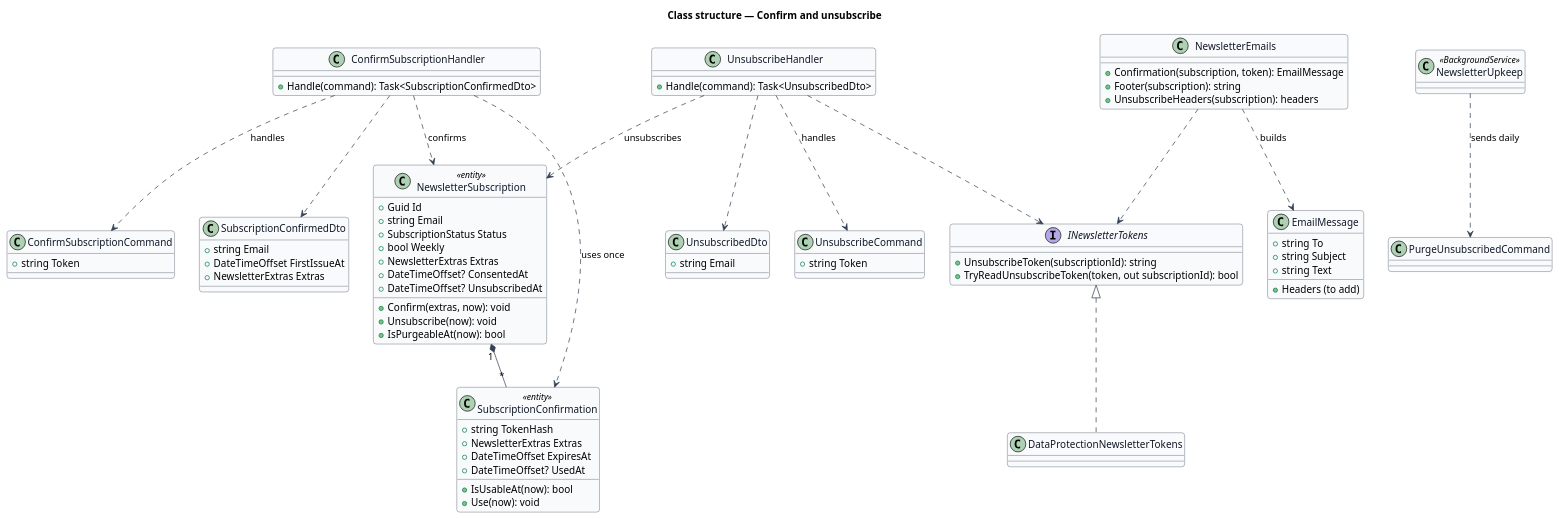
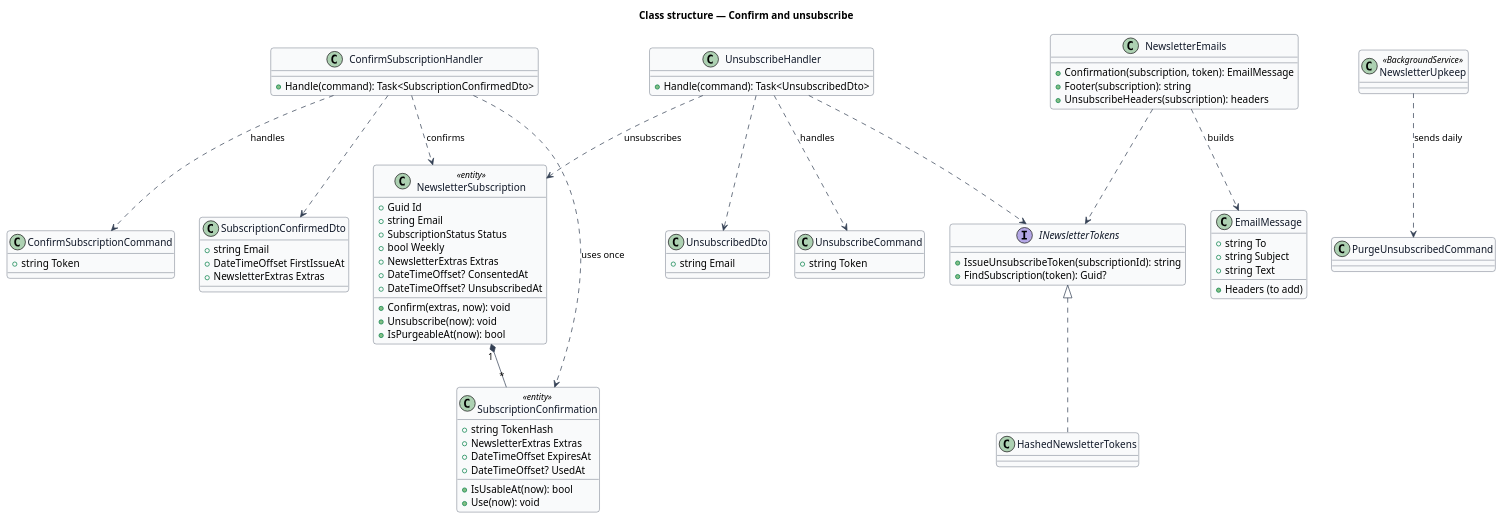
One commit to QuinntyneBrown/christian-fitness changed the diagram in docs/detailed-designs/news/confirm-and-unsubscribe/diagrams/class.puml. Above: the diagram before and after it, drawn with PlantUML. The commit also changed 31 other files, not shown here.

```diff
--- a/docs/detailed-designs/news/confirm-and-unsubscribe/diagrams/class.puml
+++ b/docs/detailed-designs/news/confirm-and-unsubscribe/diagrams/class.puml
@@ -1,85 +1,85 @@
 @startuml
 skinparam backgroundColor #FFFFFF
 skinparam shadowing false
 skinparam roundcorner 8
 skinparam defaultFontName Arial
 skinparam ArrowColor #344054
 skinparam class {
   BorderColor #344054
   FontColor #101828
   BackgroundColor #F9FAFB
 }
 title Class structure — Confirm and unsubscribe
 
 class NewsletterSubscription <<entity>> {
   +Guid Id
   +string Email
   +SubscriptionStatus Status
   +bool Weekly
   +NewsletterExtras Extras
   +DateTimeOffset? ConsentedAt
   +DateTimeOffset? UnsubscribedAt
   +Confirm(extras, now): void
   +Unsubscribe(now): void
   +IsPurgeableAt(now): bool
 }
 class SubscriptionConfirmation <<entity>> {
   +string TokenHash
   +NewsletterExtras Extras
   +DateTimeOffset ExpiresAt
   +DateTimeOffset? UsedAt
   +IsUsableAt(now): bool
   +Use(now): void
 }
 class ConfirmSubscriptionCommand {
   +string Token
 }
 class ConfirmSubscriptionHandler {
   +Handle(command): Task<SubscriptionConfirmedDto>
 }
 class SubscriptionConfirmedDto {
   +string Email
   +DateTimeOffset FirstIssueAt
   +NewsletterExtras Extras
 }
 class UnsubscribeCommand {
   +string Token
 }
 class UnsubscribeHandler {
   +Handle(command): Task<UnsubscribedDto>
 }
 class UnsubscribedDto {
   +string Email
 }
 interface INewsletterTokens {
-  +UnsubscribeToken(subscriptionId): string
-  +TryReadUnsubscribeToken(token, out subscriptionId): bool
+  +IssueUnsubscribeToken(subscriptionId): string
+  +FindSubscription(token): Guid?
 }
-class DataProtectionNewsletterTokens
+class HashedNewsletterTokens
 class NewsletterEmails {
   +Confirmation(subscription, token): EmailMessage
   +Footer(subscription): string
   +UnsubscribeHeaders(subscription): headers
 }
 class EmailMessage {
   +string To
   +string Subject
   +string Text
   +Headers (to add)
 }
 class PurgeUnsubscribedCommand
 class NewsletterUpkeep <<BackgroundService>>
 NewsletterSubscription "1" *-- "*" SubscriptionConfirmation
 ConfirmSubscriptionHandler ..> ConfirmSubscriptionCommand : handles
 ConfirmSubscriptionHandler ..> SubscriptionConfirmation : uses once
 ConfirmSubscriptionHandler ..> NewsletterSubscription : confirms
 ConfirmSubscriptionHandler ..> SubscriptionConfirmedDto
 UnsubscribeHandler ..> UnsubscribeCommand : handles
 UnsubscribeHandler ..> INewsletterTokens
 UnsubscribeHandler ..> NewsletterSubscription : unsubscribes
 UnsubscribeHandler ..> UnsubscribedDto
-INewsletterTokens <|.. DataProtectionNewsletterTokens
+INewsletterTokens <|.. HashedNewsletterTokens
 NewsletterEmails ..> INewsletterTokens
 NewsletterEmails ..> EmailMessage : builds
 NewsletterUpkeep ..> PurgeUnsubscribedCommand : sends daily
 @enduml
```
